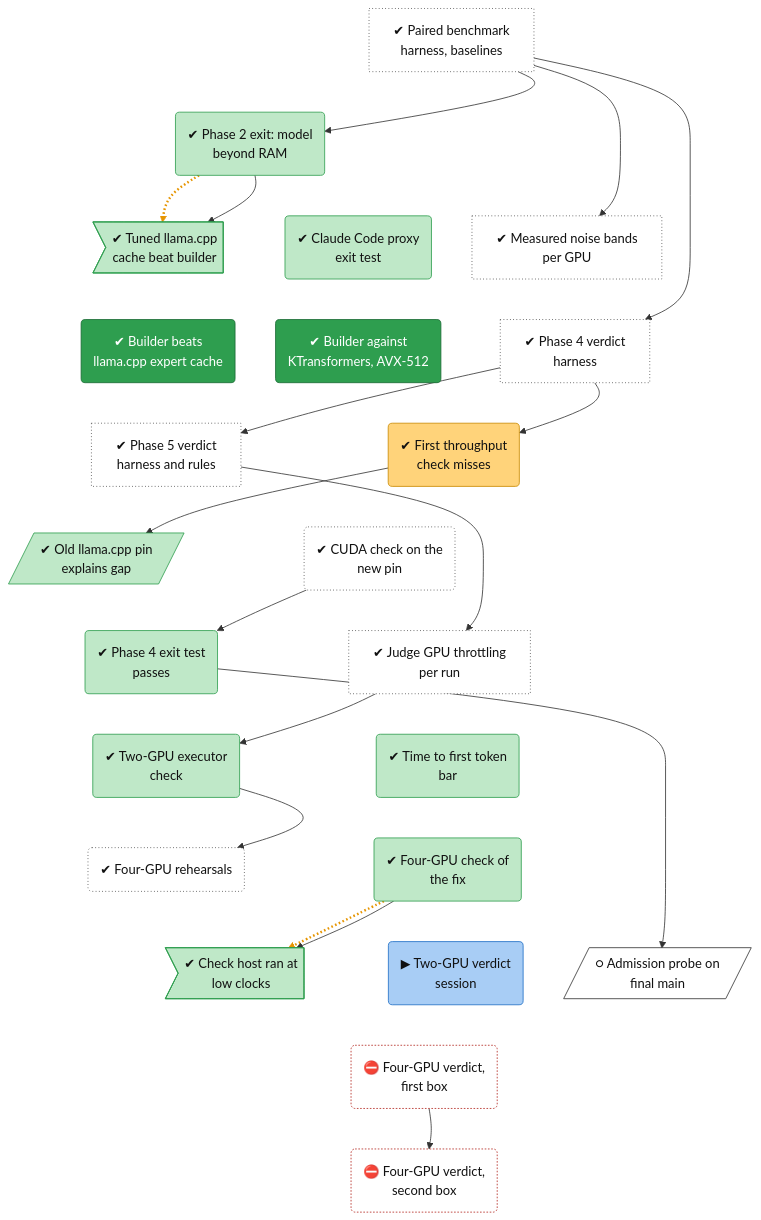
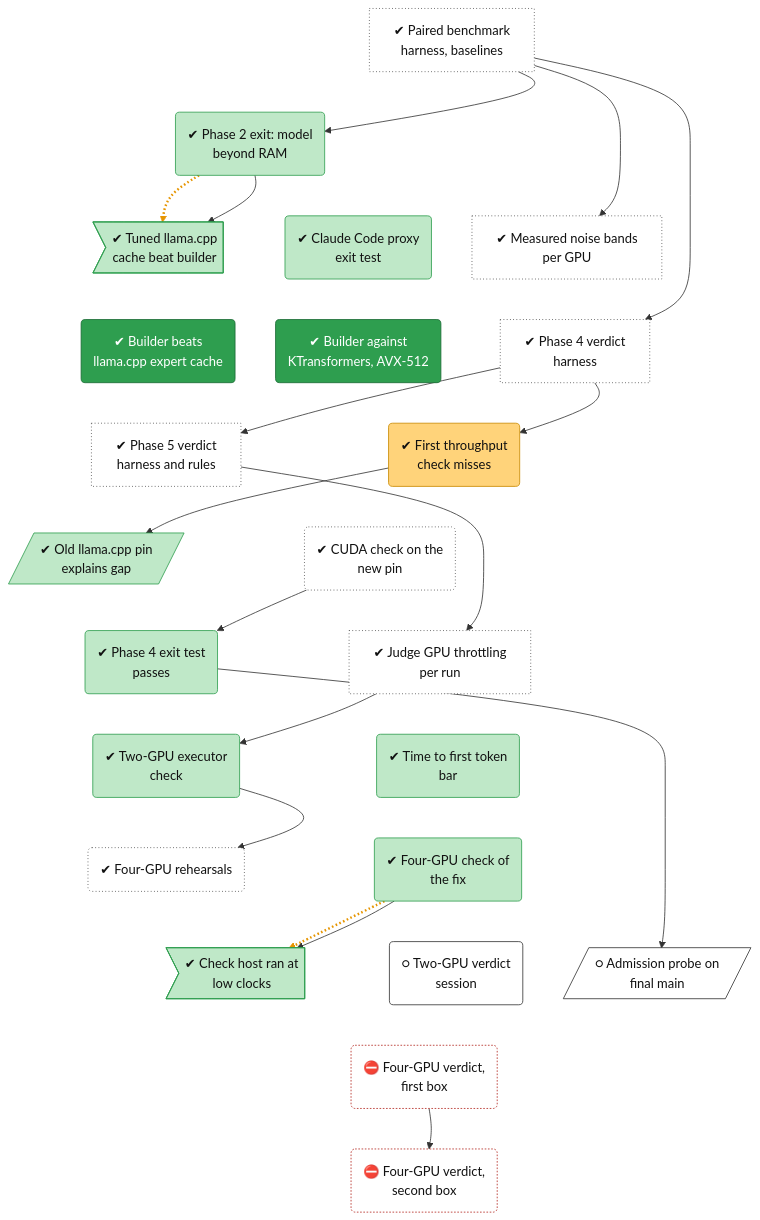
The diagram in docs/roadmap/tracks/bench.md (lhns/tetraeder), drawn with Mermaid before and after one commit. The commit also changed other lines of this file and 3 other files, not shown here.

````diff
--- a/docs/roadmap/tracks/bench.md
+++ b/docs/roadmap/tracks/bench.md
@@ -28,7 +28,7 @@
     bench_s3_rehearsal("✔ Four-GPU rehearsals")
     bench_s3f2("✔ Four-GPU check of<br/>the fix")
     bench_defect_s3f2_clock>"✔ Check host ran at<br/>low clocks"]
-    bench_v2_verdict("▶ Two-GPU verdict<br/>session")
+    bench_v2_verdict("○ Two-GPU verdict<br/>session")
     bench_d2a_probe[/"○ Admission probe on<br/>final main"/]
     bench_v4a_verdict("⛔ Four-GPU verdict,<br/>first box")
     bench_v4b_verdict("⛔ Four-GPU verdict,<br/>second box")
@@ -92,7 +92,6 @@
     class bench_phase2_exit,bench_defect_tuned_cache,bench_phase3b_proxy,bench_pin_ab,bench_phase4_exit,bench_s2_step0,bench_ttft,bench_s3f2,bench_defect_s3f2_clock succ
     class bench_m1_point1,bench_m1_point3 vsucc
     class bench_d2a_rerun mixed
-    class bench_v2_verdict inprog
-    class bench_d2a_probe next
+    class bench_v2_verdict,bench_d2a_probe next
     class bench_v4a_verdict,bench_v4b_verdict blocked
 ```
````
